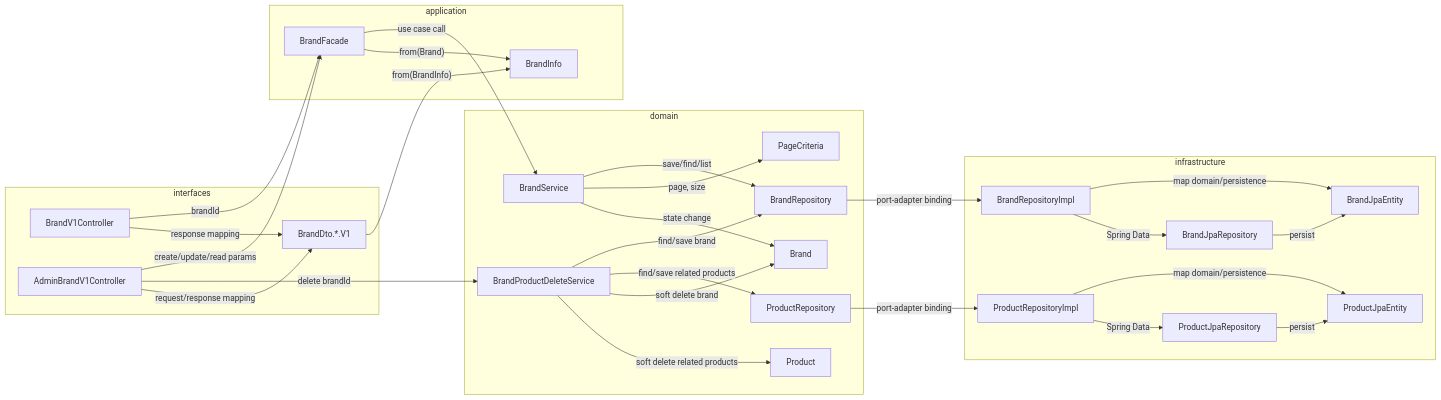
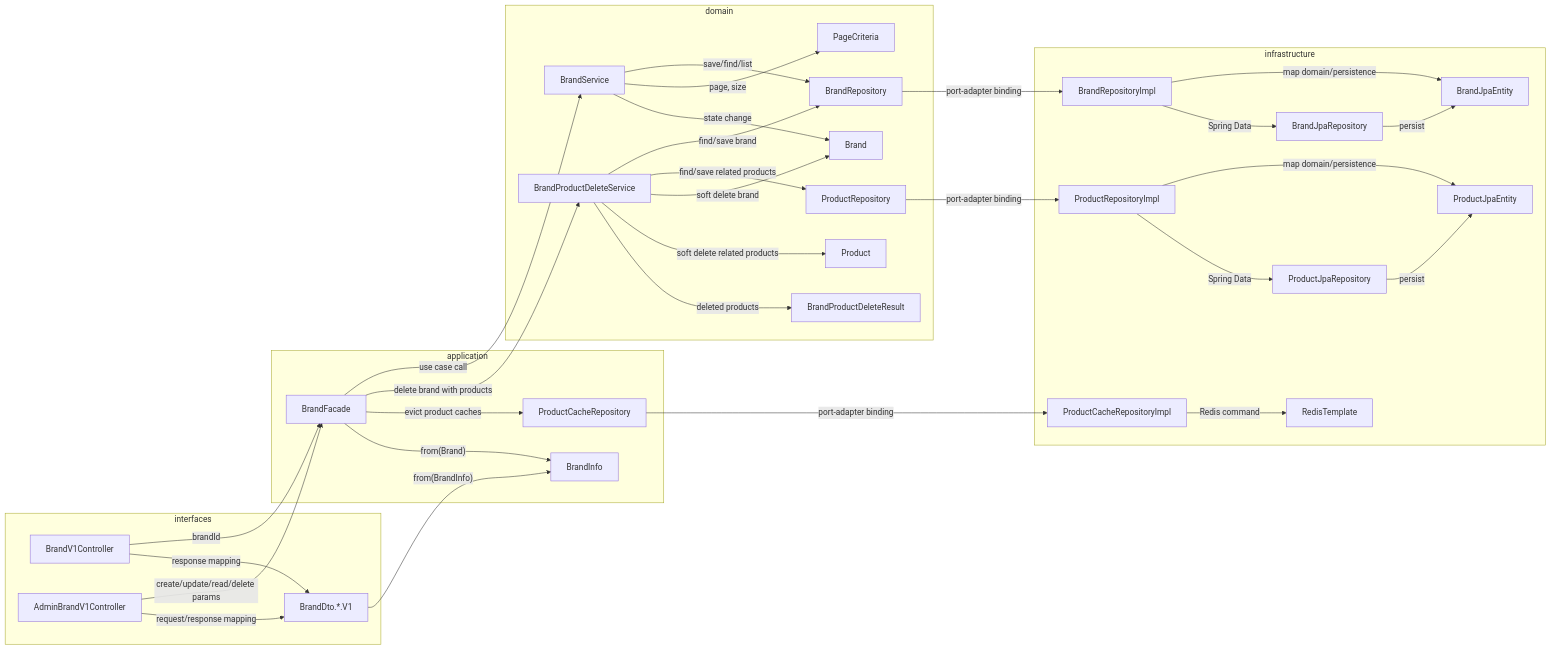
Before and after one commit to loopers-labs/loop-pack-be-l2-vol4-java: the third of 6 diagrams in docs/week3/01-api-dependency-structure.md, drawn with Mermaid. The commit also changed other lines of this file and 1 other file, not shown here.

````diff
--- a/docs/week3/01-api-dependency-structure.md
+++ b/docs/week3/01-api-dependency-structure.md
@@ -165,59 +173,67 @@
 ```mermaid
 flowchart LR
     subgraph interfaces
         BrandV1Controller
         AdminBrandV1Controller
         BrandDto["BrandDto.*.V1"]
     end
 
     subgraph application
         BrandFacade
+        ProductCacheRepository
         BrandInfo
     end
 
     subgraph domain
         BrandService
         BrandProductDeleteService
+        BrandProductDeleteResult
         BrandRepository
         ProductRepository
         PageCriteria
         Brand
         Product
     end
 
     subgraph infrastructure
         BrandRepositoryImpl
         BrandJpaRepository
         BrandJpaEntity
         ProductRepositoryImpl
         ProductJpaRepository
         ProductJpaEntity
+        ProductCacheRepositoryImpl
+        RedisTemplate
     end
 
     BrandV1Controller -->|"brandId"| BrandFacade
-    AdminBrandV1Controller -->|"create/update/read params"| BrandFacade
-    AdminBrandV1Controller -->|"delete brandId"| BrandProductDeleteService
+    AdminBrandV1Controller -->|"create/update/read/delete params"| BrandFacade
     BrandV1Controller -->|"response mapping"| BrandDto
     AdminBrandV1Controller -->|"request/response mapping"| BrandDto
     BrandDto -->|"from(BrandInfo)"| BrandInfo
 
     BrandFacade -->|"use case call"| BrandService
+    BrandFacade -->|"delete brand with products"| BrandProductDeleteService
+    BrandFacade -->|"evict product caches"| ProductCacheRepository
     BrandFacade -->|"from(Brand)"| BrandInfo
 
     BrandService -->|"save/find/list"| BrandRepository
     BrandService -->|"page, size"| PageCriteria
     BrandService -->|"state change"| Brand
     BrandProductDeleteService -->|"find/save brand"| BrandRepository
     BrandProductDeleteService -->|"find/save related products"| ProductRepository
     BrandProductDeleteService -->|"soft delete brand"| Brand
     BrandProductDeleteService -->|"soft delete related products"| Product
+    BrandProductDeleteService -->|"deleted products"| BrandProductDeleteResult
 
     BrandRepository -->|"port-adapter binding"| BrandRepositoryImpl
     BrandRepositoryImpl -->|"map domain/persistence"| BrandJpaEntity
     BrandRepositoryImpl -->|"Spring Data"| BrandJpaRepository
     BrandJpaRepository -->|"persist"| BrandJpaEntity
     ProductRepository -->|"port-adapter binding"| ProductRepositoryImpl
     ProductRepositoryImpl -->|"map domain/persistence"| ProductJpaEntity
     ProductRepositoryImpl -->|"Spring Data"| ProductJpaRepository
     ProductJpaRepository -->|"persist"| ProductJpaEntity
+    ProductCacheRepository -->|"port-adapter binding"| ProductCacheRepositoryImpl
+    ProductCacheRepositoryImpl -->|"Redis command"| RedisTemplate
 ```
````
